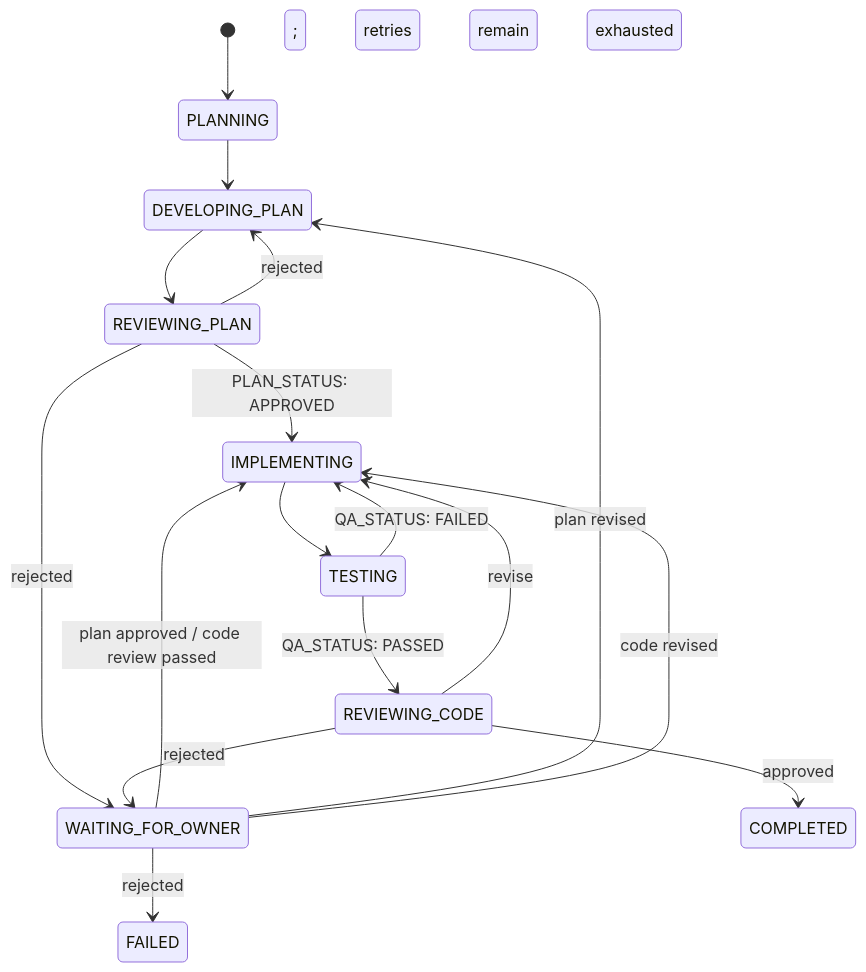
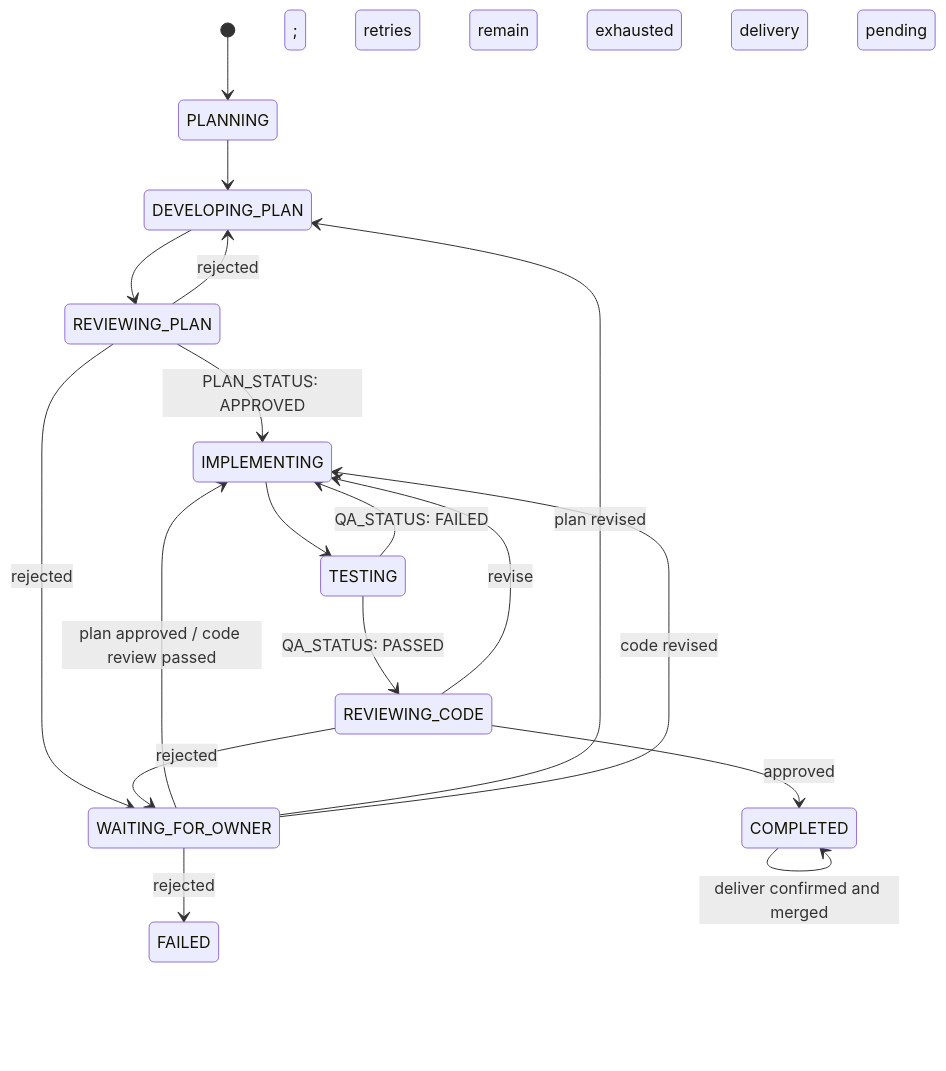
The diagram in docs/workflow-fsm.md (adombciha/multiple-agents-orch), drawn with Mermaid before and after one commit. The commit also changed other lines of this file and 12 other files, not shown here.

Commit message:
Add locked workflow controls and confirmed delivery dashboard

````diff
--- a/docs/workflow-fsm.md
+++ b/docs/workflow-fsm.md
@@ -3,22 +3,23 @@
 ```mermaid
 stateDiagram-v2
     [*] --> PLANNING
     PLANNING --> DEVELOPING_PLAN
     DEVELOPING_PLAN --> REVIEWING_PLAN
 
     REVIEWING_PLAN --> IMPLEMENTING: PLAN_STATUS: APPROVED
     REVIEWING_PLAN --> DEVELOPING_PLAN: rejected; retries remain
     REVIEWING_PLAN --> WAITING_FOR_OWNER: rejected; retries exhausted
 
     IMPLEMENTING --> TESTING
     TESTING --> REVIEWING_CODE: QA_STATUS: PASSED
     TESTING --> IMPLEMENTING: QA_STATUS: FAILED
-    REVIEWING_CODE --> COMPLETED: approved
+    REVIEWING_CODE --> COMPLETED: approved; delivery pending
+    COMPLETED --> COMPLETED: deliver confirmed and merged
     REVIEWING_CODE --> IMPLEMENTING: revise
     REVIEWING_CODE --> WAITING_FOR_OWNER: rejected; retries exhausted
 
     WAITING_FOR_OWNER --> IMPLEMENTING: plan approved / code review passed
     WAITING_FOR_OWNER --> DEVELOPING_PLAN: plan revised
     WAITING_FOR_OWNER --> IMPLEMENTING: code revised
     WAITING_FOR_OWNER --> FAILED: rejected
 ```
````
